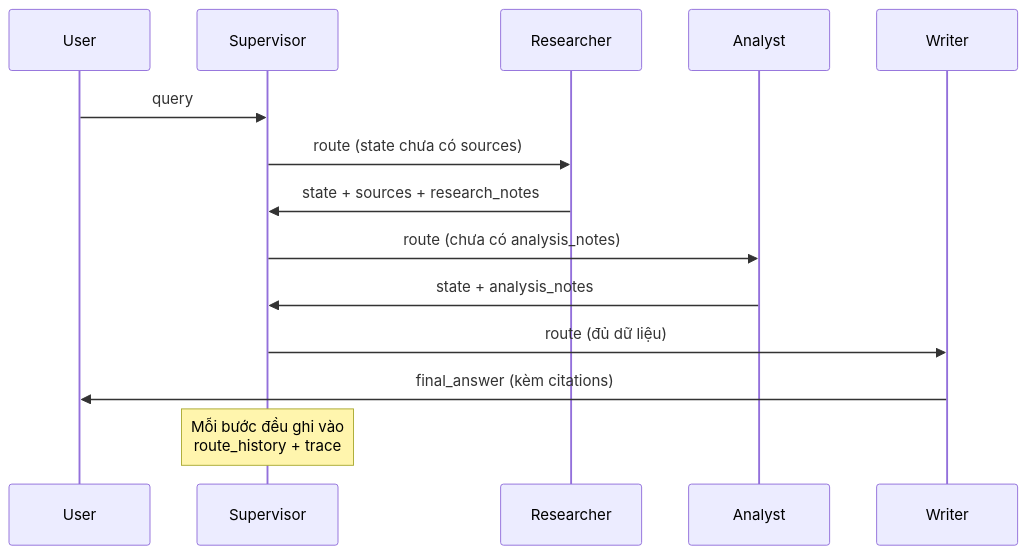
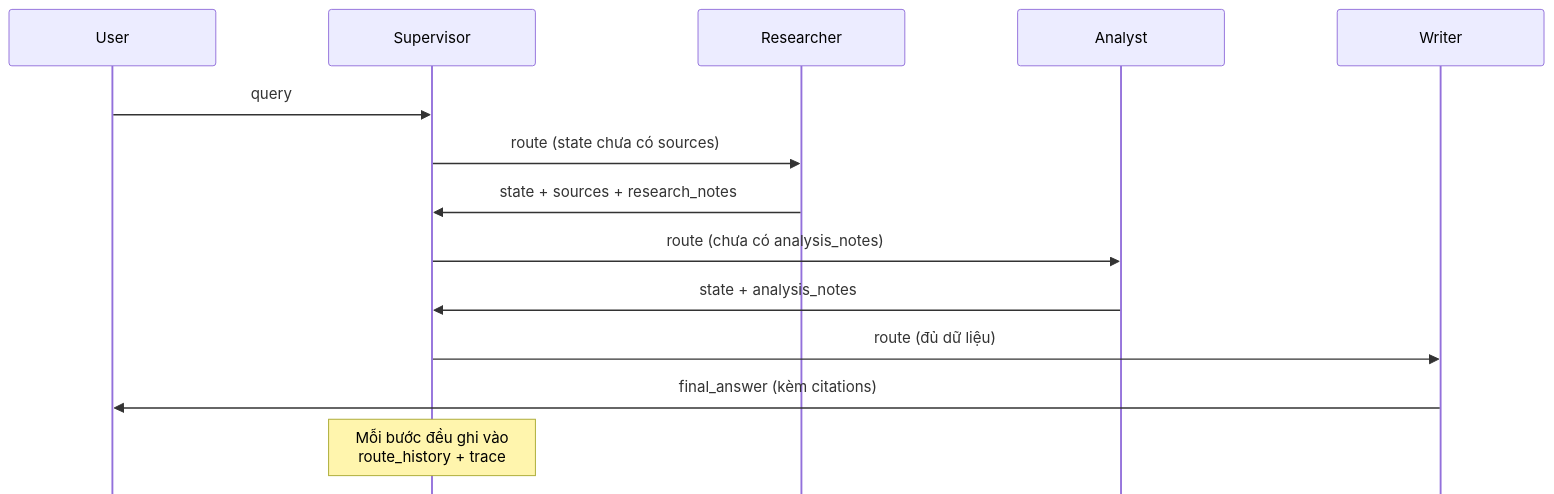
One commit to AnKun10/Day20-2A202601078-VuHuuAn changed the second of 2 diagrams in docs/codelab.md. Above: the diagram before and after it, drawn with Mermaid.

Commit message:
docs: enlarge sequence diagram fonts and spacing

````diff
--- a/docs/codelab.md
+++ b/docs/codelab.md
@@ -83,17 +83,18 @@
 ```mermaid
+%%{init: {"sequence": {"actorFontSize": 20, "messageFontSize": 18, "noteFontSize": 16, "actorMargin": 120, "width": 220, "height": 60, "boxMargin": 12, "messageMargin": 45, "mirrorActors": false}}}%%
 sequenceDiagram
     participant U as User
     participant S as Supervisor
     participant R as Researcher
     participant A as Analyst
     participant W as Writer
 
     U->>S: query
     S->>R: route (state chưa có sources)
     R->>S: state + sources + research_notes
     S->>A: route (chưa có analysis_notes)
     A->>S: state + analysis_notes
     S->>W: route (đủ dữ liệu)
     W->>U: final_answer (kèm citations)
     Note over S: Mỗi bước đều ghi vào<br/>route_history + trace
 ```
````
